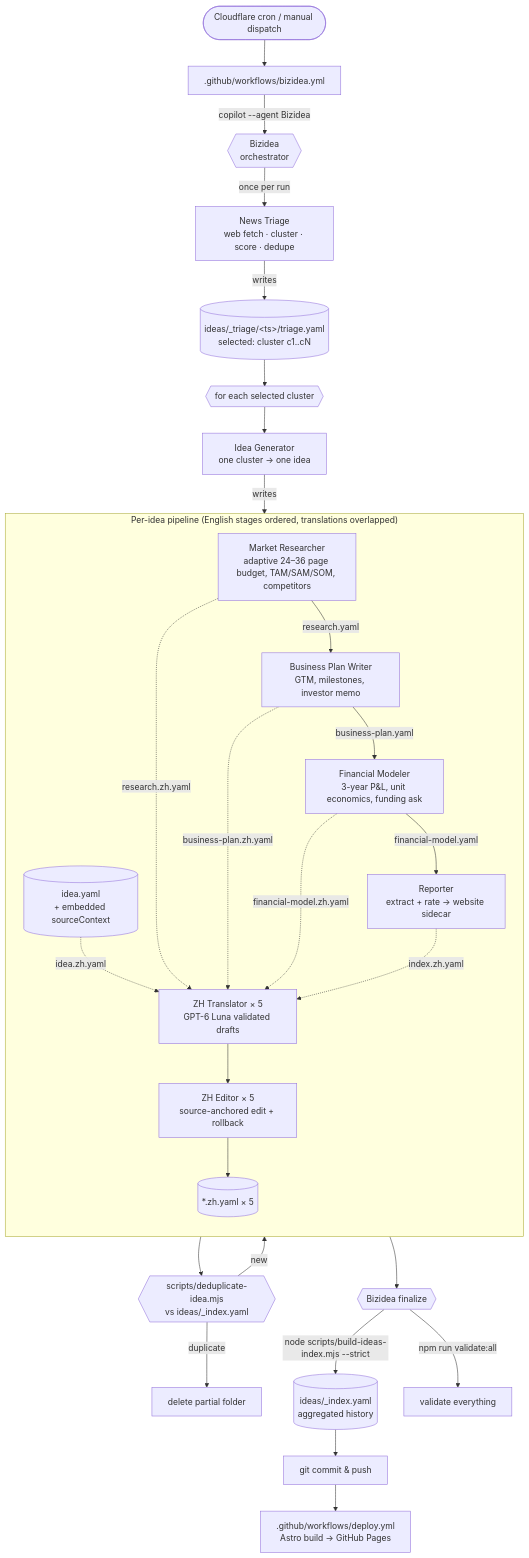
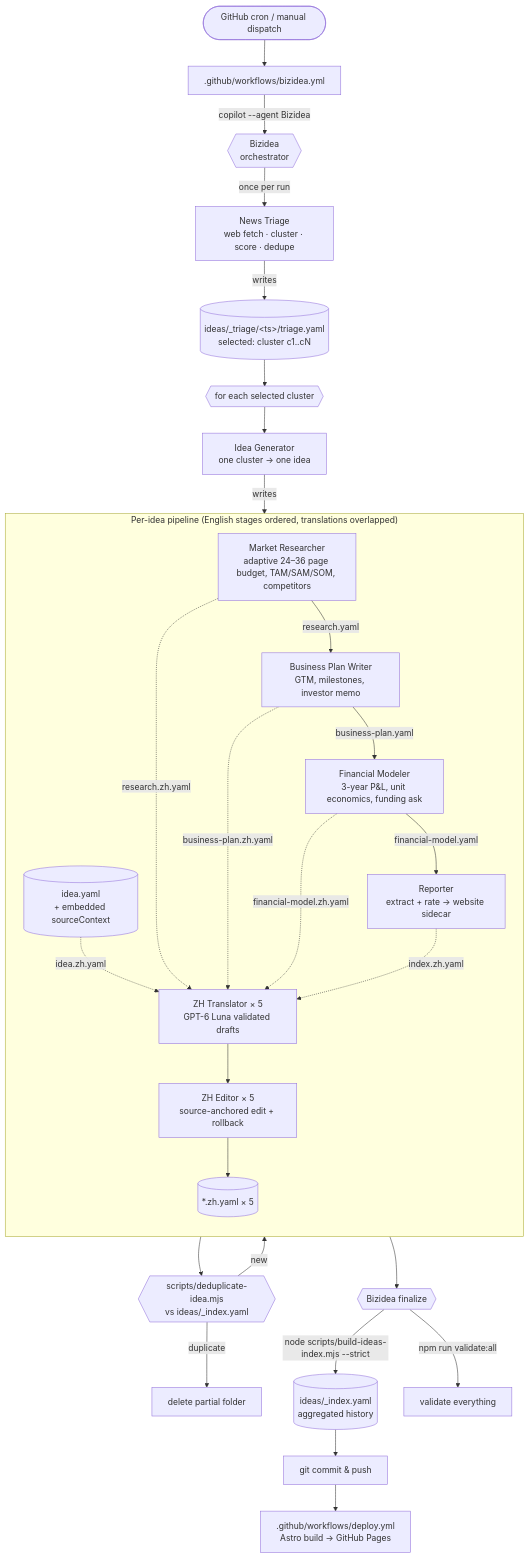
One commit to vibewatch/bizidea changed the diagram in README.md. Above: the diagram before and after it, drawn with Mermaid. The commit also changed other lines of this file and 5 other files, not shown here.

````diff
--- a/README.md
+++ b/README.md
@@ -13,37 +13,37 @@
 ```mermaid
 flowchart TD
-  cron([Cloudflare cron / manual dispatch]) --> wf[".github/workflows/bizidea.yml"]
+  cron([GitHub cron / manual dispatch]) --> wf[".github/workflows/bizidea.yml"]
     wf -->|"copilot --agent Bizidea"| orch{{"Bizidea<br/>orchestrator"}}
 
     orch -->|"once per run"| triage["News Triage<br/>web fetch · cluster · score · dedupe"]
     triage -->|"writes"| triageFile[("ideas/_triage/&lt;ts&gt;/triage.yaml<br/>selected: cluster c1..cN")]
 
     triageFile --> fanout{{"for each selected cluster"}}
     fanout --> idea["Idea Generator<br/>one cluster &rarr; one idea"]
     idea -->|"writes"| ideaFile[("idea.yaml<br/>+ embedded sourceContext")]
     ideaFile --> dedup{{"scripts/deduplicate-idea.mjs<br/>vs ideas/_index.yaml"}}
     dedup -->|"duplicate"| drop["delete partial folder"]
     dedup -->|"new"| pipeline
 
     subgraph pipeline ["Per-idea pipeline (English stages ordered, translations overlapped)"]
         direction TB
         mr["Market Researcher<br/>adaptive 24–36 page budget, TAM/SAM/SOM, competitors"] -->|"research.yaml"| bp["Business Plan Writer<br/>GTM, milestones, investor memo"]
         bp -->|"business-plan.yaml"| fm["Financial Modeler<br/>3-year P&amp;L, unit economics, funding ask"]
         fm -->|"financial-model.yaml"| rep["Reporter<br/>extract + rate &rarr; website sidecar"]
         zh["ZH Translator &times; 5<br/>GPT-6 Luna validated drafts"]
         zhEdit["ZH Editor &times; 5<br/>source-anchored edit + rollback"]
         ideaFile -.->|"idea.zh.yaml"| zh
         mr -.->|"research.zh.yaml"| zh
         bp -.->|"business-plan.zh.yaml"| zh
         fm -.->|"financial-model.zh.yaml"| zh
         rep -.->|"index.zh.yaml"| zh
         zh --> zhEdit
         zhEdit --> zhFiles[("*.zh.yaml &times; 5")]
     end
 
     zhFiles --> finalize{{"Bizidea finalize"}}
     finalize -->|"node scripts/build-ideas-index.mjs --strict"| indexFile[("ideas/_index.yaml<br/>aggregated history")]
     finalize -->|"npm run validate:all"| validate["validate everything"]
     indexFile --> push["git commit &amp; push"]
     push --> deploy[".github/workflows/deploy.yml<br/>Astro build &rarr; GitHub Pages"]
 ```
````
